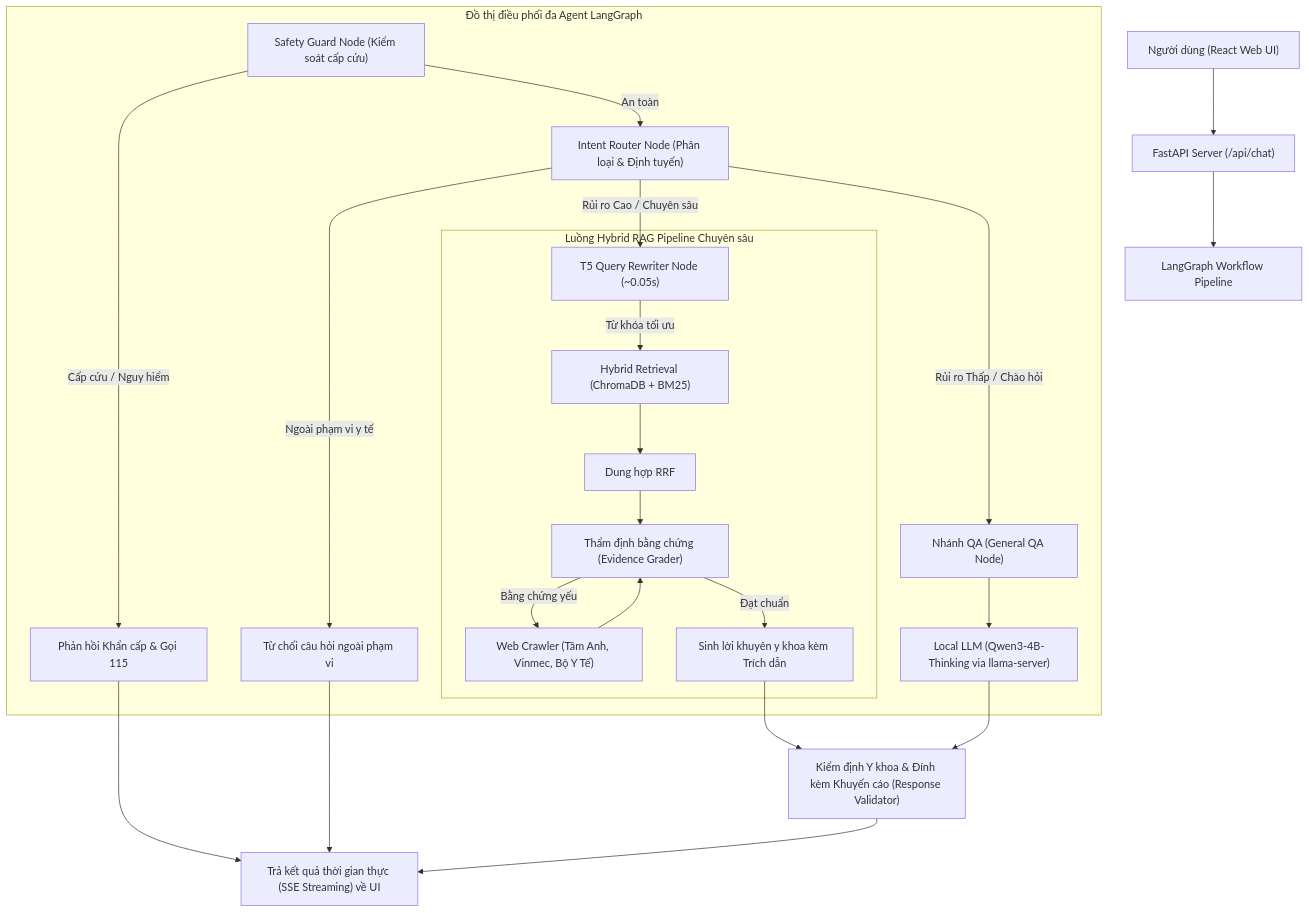
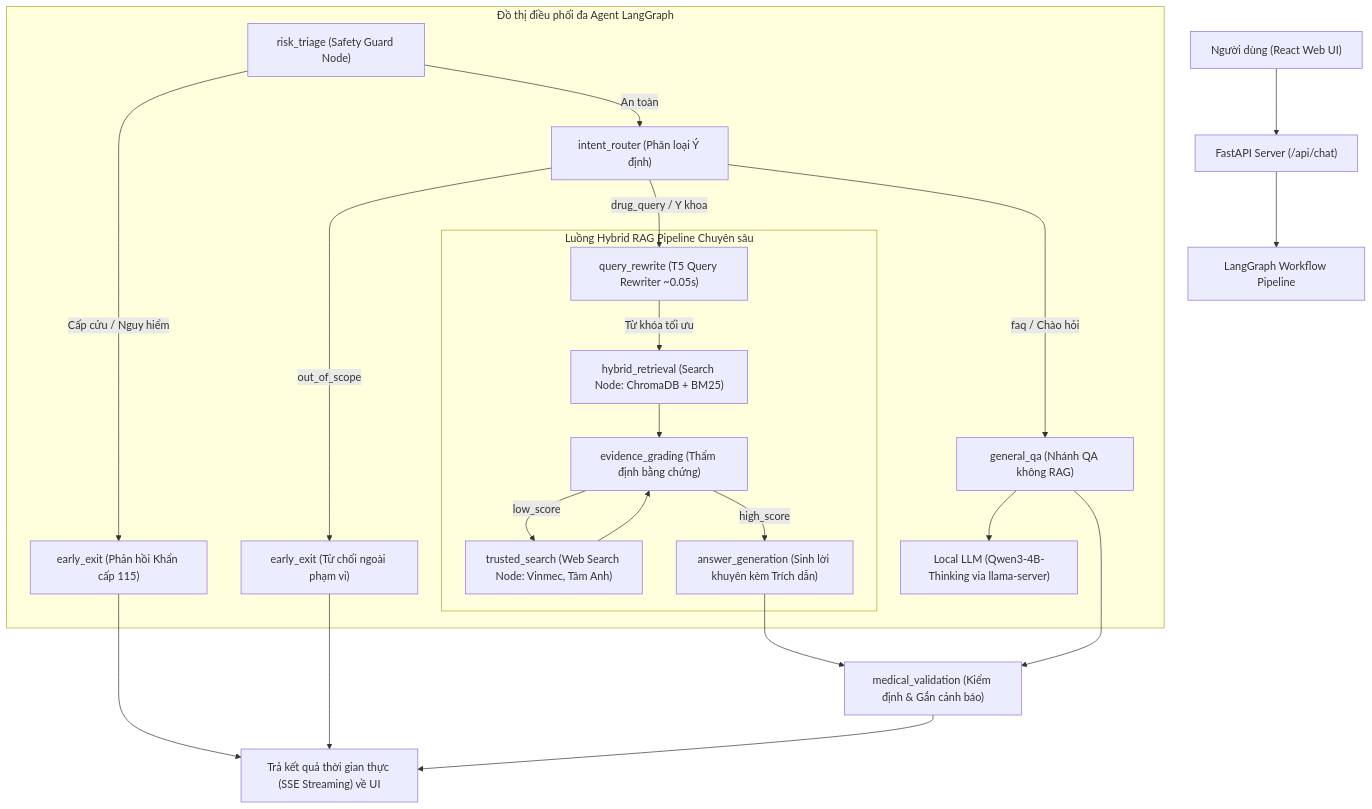
One commit to hohiphop1234/Intelligent-Medical-Assistant-for-Healthcare-Consultation changed the diagram in README.md. Above: the diagram before and after it, drawn with Mermaid. The commit also changed other lines of this file, not shown here.

````diff
--- a/README.md
+++ b/README.md
@@ -55,32 +55,31 @@
 ```mermaid
 flowchart TD
     User["Người dùng (React Web UI)"] --> API["FastAPI Server (/api/chat)"]
     API --> Graph["LangGraph Workflow Pipeline"]
     
     subgraph LangGraph ["Đồ thị điều phối đa Agent LangGraph"]
-        Entry["Safety Guard Node (Kiểm soát cấp cứu)"]
-        Entry -->|Cấp cứu / Nguy hiểm| Emerg["Phản hồi Khẩn cấp & Gọi 115"]
-        Entry -->|An toàn| Router["Intent Router Node (Phân loại & Định tuyến)"]
+        Entry["risk_triage (Safety Guard Node)"]
+        Entry -->|Cấp cứu / Nguy hiểm| Emerg["early_exit (Phản hồi Khẩn cấp 115)"]
+        Entry -->|An toàn| Router["intent_router (Phân loại Ý định)"]
         
-        Router -->|Ngoài phạm vi y tế| OutScope["Từ chối câu hỏi ngoài phạm vi"]
-        Router -->|Rủi ro Thấp / Chào hỏi| LLMNode["Nhánh QA (General QA Node)"]
-        Router -->|Rủi ro Cao / Chuyên sâu| RewriteNode["T5 Query Rewriter Node (~0.05s)"]
+        Router -->|out_of_scope| OutScope["early_exit (Từ chối ngoài phạm vi)"]
+        Router -->|faq / Chào hỏi| LLMNode["general_qa (Nhánh QA không RAG)"]
+        Router -->|drug_query / Y khoa| RewriteNode["query_rewrite (T5 Query Rewriter ~0.05s)"]
         
         subgraph RAG ["Luồng Hybrid RAG Pipeline Chuyên sâu"]
-            RewriteNode -->|Từ khóa tối ưu| Ret["Hybrid Retrieval (ChromaDB + BM25)"]
-            Ret --> RRF["Dung hợp RRF"]
-            RRF --> Grader["Thẩm định bằng chứng (Evidence Grader)"]
-            Grader -->|Bằng chứng yếu| Web["Web Crawler (Tâm Anh, Vinmec, Bộ Y Tế)"]
+            RewriteNode -->|Từ khóa tối ưu| Ret["hybrid_retrieval (Search Node: ChromaDB + BM25)"]
+            Ret --> Grader["evidence_grading (Thẩm định bằng chứng)"]
+            Grader -->|low_score| Web["trusted_search (Web Search Node: Vinmec, Tâm Anh)"]
             Web --> Grader
-            Grader -->|Đạt chuẩn| Gen["Sinh lời khuyên y khoa kèm Trích dẫn"]
+            Grader -->|high_score| Gen["answer_generation (Sinh lời khuyên kèm Trích dẫn)"]
         end
         
         LLMNode --> LocalLLM["Local LLM (Qwen3-4B-Thinking via llama-server)"]
     end
     
-    Gen --> Validator["Kiểm định Y khoa & Đính kèm Khuyến cáo (Response Validator)"]
-    LocalLLM --> Validator
+    Gen --> Validator["medical_validation (Kiểm định & Gắn cảnh báo)"]
+    LLMNode --> Validator
     Emerg --> Output["Trả kết quả thời gian thực (SSE Streaming) về UI"]
     OutScope --> Output
     Validator --> Output
 ```
````
